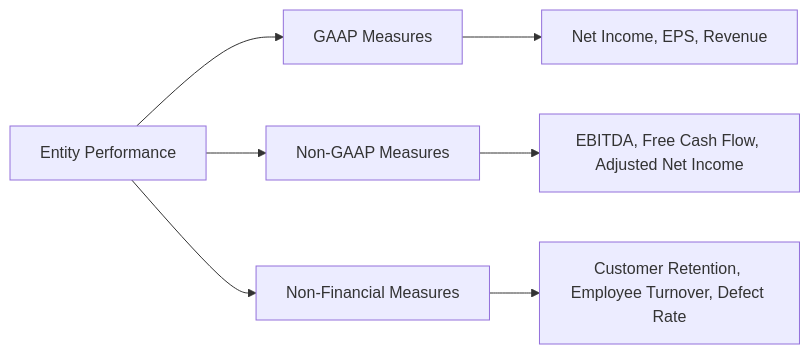
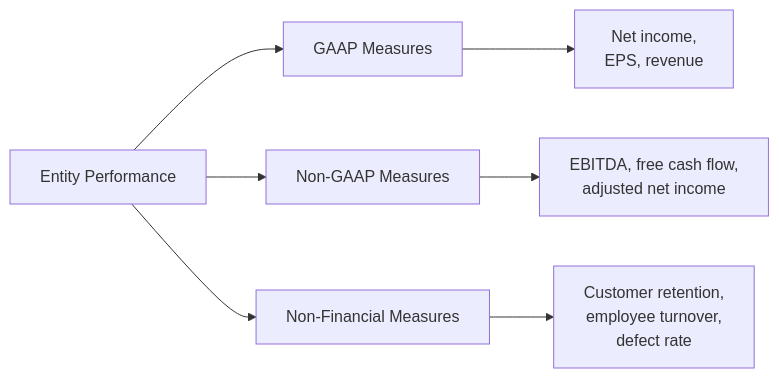
Before and after one commit to subwaymatch/cpabear-book: the first of 2 diagrams in docs/bar/business-analysis-historical/non-financial-and-non-gaap-measures.md, drawn with Mermaid. The commit also changed other lines of this file and 204 other files, not shown here.

First line of the commit message:
Update the book for the 2027 CPA Exam Blueprints, fix dark-mode diagrams, add diagram zoom (#49)

````diff
--- a/docs/bar/business-analysis-historical/non-financial-and-non-gaap-measures.md
+++ b/docs/bar/business-analysis-historical/non-financial-and-non-gaap-measures.md
@@ -23,9 +7,9 @@
 ```mermaid
 graph LR
     A["Entity Performance"] --> B["GAAP Measures"]
     A --> C["Non-GAAP Measures"]
     A --> D["Non-Financial Measures"]
-    B --> E["Net Income, EPS, Revenue"]
-    C --> F["EBITDA, Free Cash Flow, Adjusted Net Income"]
-    D --> G["Customer Retention, Employee Turnover, Defect Rate"]
+    B --> E["Net income,<br/>EPS, revenue"]
+    C --> F["EBITDA, free cash flow,<br/>adjusted net income"]
+    D --> G["Customer retention,<br/>employee turnover,<br/>defect rate"]
 ```
````
